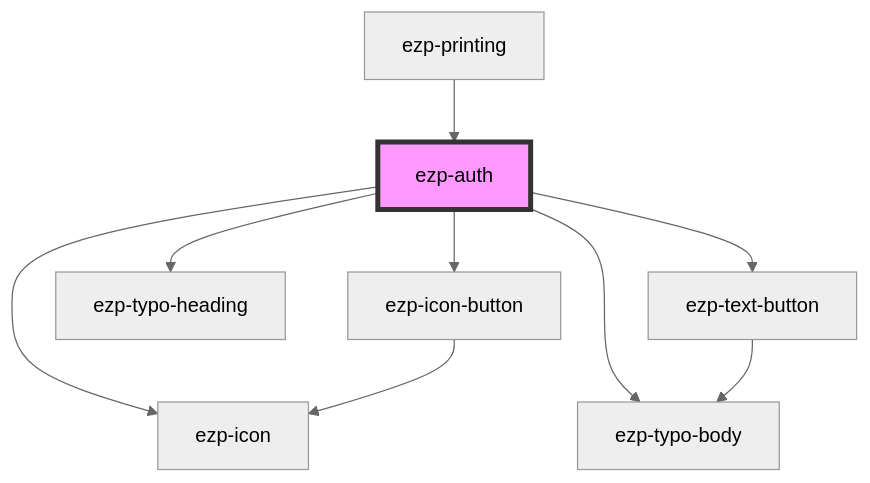
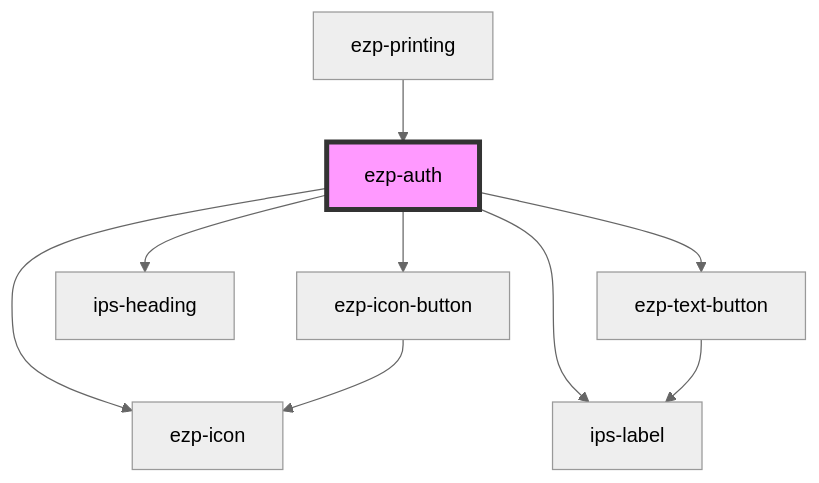
Before and after one commit to ezeep/ezeep-js: the diagram in src/components/ezp-auth/readme.md, drawn with Mermaid (neutral theme). The commit also changed other lines of this file and 26 other files, not shown here.

````diff
--- a/src/components/ezp-auth/readme.md
+++ b/src/components/ezp-auth/readme.md
@@ -45,12 +42,12 @@
 ```mermaid
 graph TD;
   ezp-auth --> ezp-icon-button
   ezp-auth --> ezp-icon
-  ezp-auth --> ezp-typo-heading
-  ezp-auth --> ezp-typo-body
+  ezp-auth --> ips-heading
+  ezp-auth --> ips-label
   ezp-auth --> ezp-text-button
   ezp-icon-button --> ezp-icon
-  ezp-text-button --> ezp-typo-body
+  ezp-text-button --> ips-label
   ezp-printing --> ezp-auth
   style ezp-auth fill:#f9f,stroke:#333,stroke-width:4px
 ```
````
